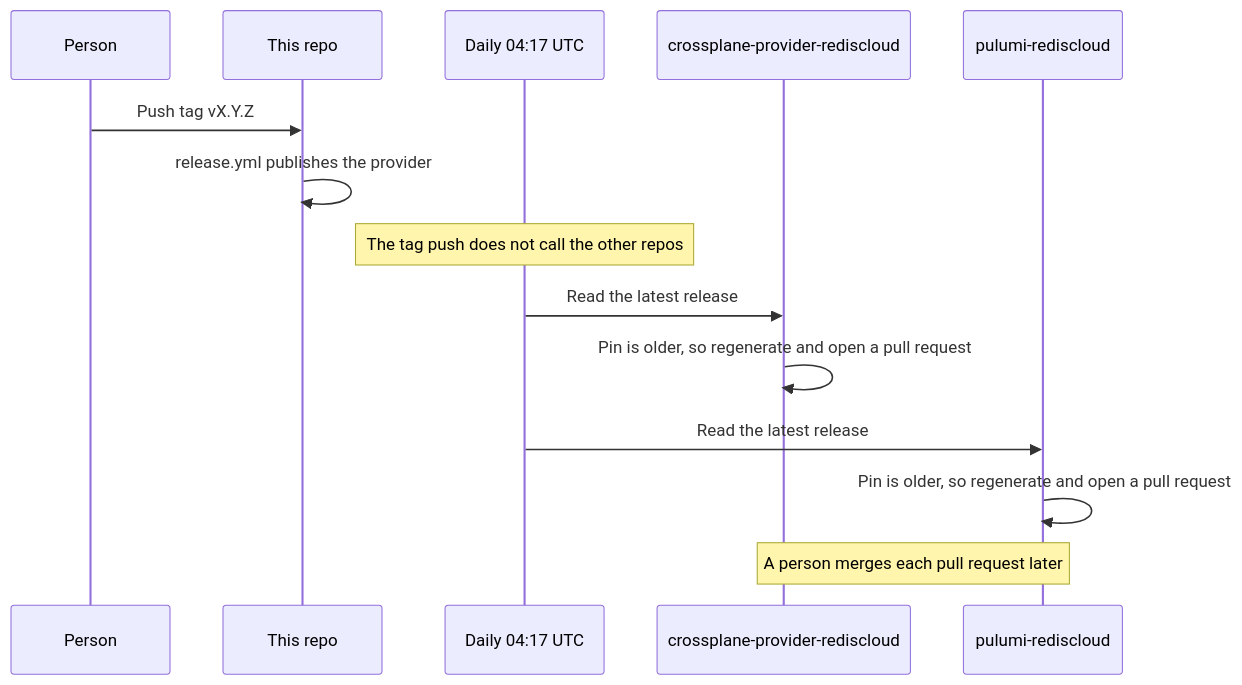
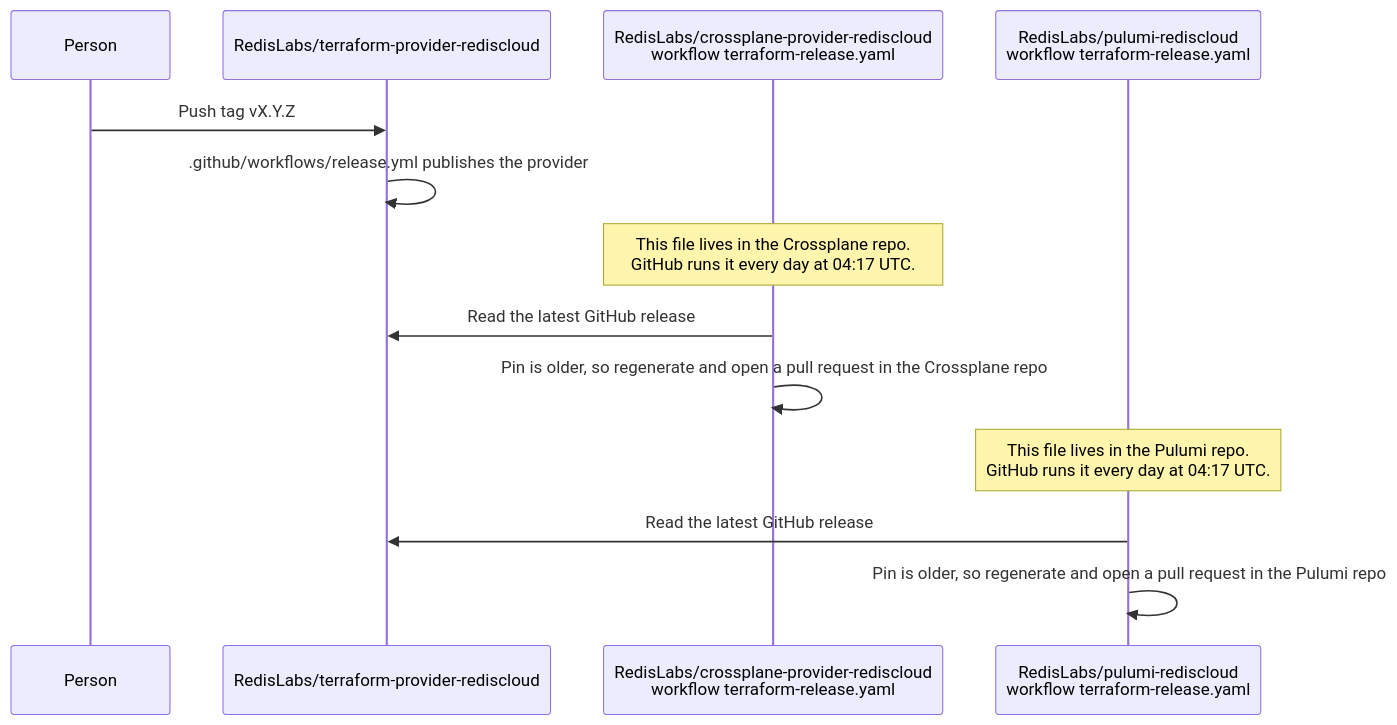
One commit to RedisLabs/terraform-provider-rediscloud changed the first of 2 diagrams in docs/design/downstream-provider-releases.md. Above: the diagram before and after it, drawn with Mermaid. The commit also changed other lines of this file, not shown here.

First line of the commit message:
docs: name the repos and show the daily job inside each one

````diff
--- a/docs/design/downstream-provider-releases.md
+++ b/docs/design/downstream-provider-releases.md
@@ -40,17 +40,16 @@
 ```mermaid
 sequenceDiagram
     participant Person
-    participant TF as This repo
-    participant Clock as Daily 04:17 UTC
-    participant XP as crossplane-provider-rediscloud
-    participant PU as pulumi-rediscloud
+    participant TF as RedisLabs/terraform-provider-rediscloud
+    participant XW as RedisLabs/crossplane-provider-rediscloud<br/>workflow terraform-release.yaml
+    participant PW as RedisLabs/pulumi-rediscloud<br/>workflow terraform-release.yaml
 
     Person->>TF: Push tag vX.Y.Z
-    TF->>TF: release.yml publishes the provider
-    Note over Clock: The tag push does not call the other repos
-    Clock->>XP: Read the latest release
-    XP->>XP: Pin is older, so regenerate and open a pull request
-    Clock->>PU: Read the latest release
-    PU->>PU: Pin is older, so regenerate and open a pull request
-    Note over XP,PU: A person merges each pull request later
+    TF->>TF: .github/workflows/release.yml publishes the provider
+    Note over XW: This file lives in the Crossplane repo.<br/>GitHub runs it every day at 04:17 UTC.
+    XW->>TF: Read the latest GitHub release
+    XW->>XW: Pin is older, so regenerate and open a pull request in the Crossplane repo
+    Note over PW: This file lives in the Pulumi repo.<br/>GitHub runs it every day at 04:17 UTC.
+    PW->>TF: Read the latest GitHub release
+    PW->>PW: Pin is older, so regenerate and open a pull request in the Pulumi repo
 ```
````
